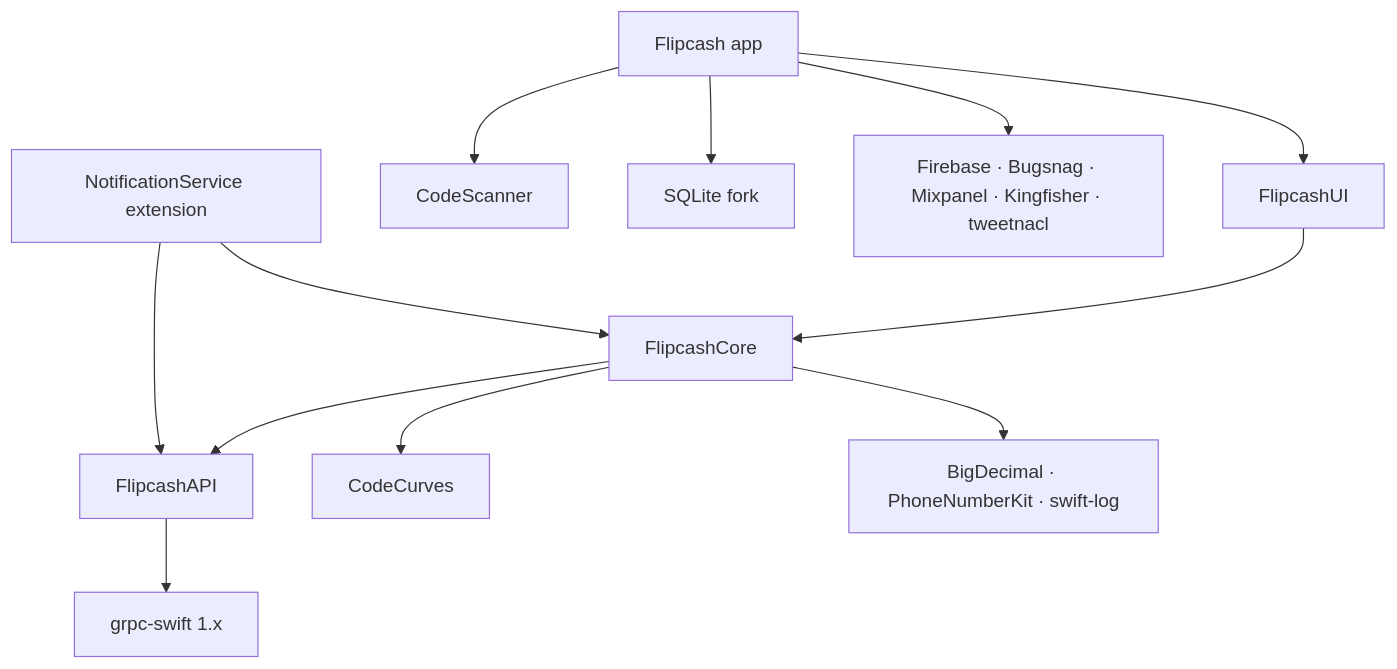
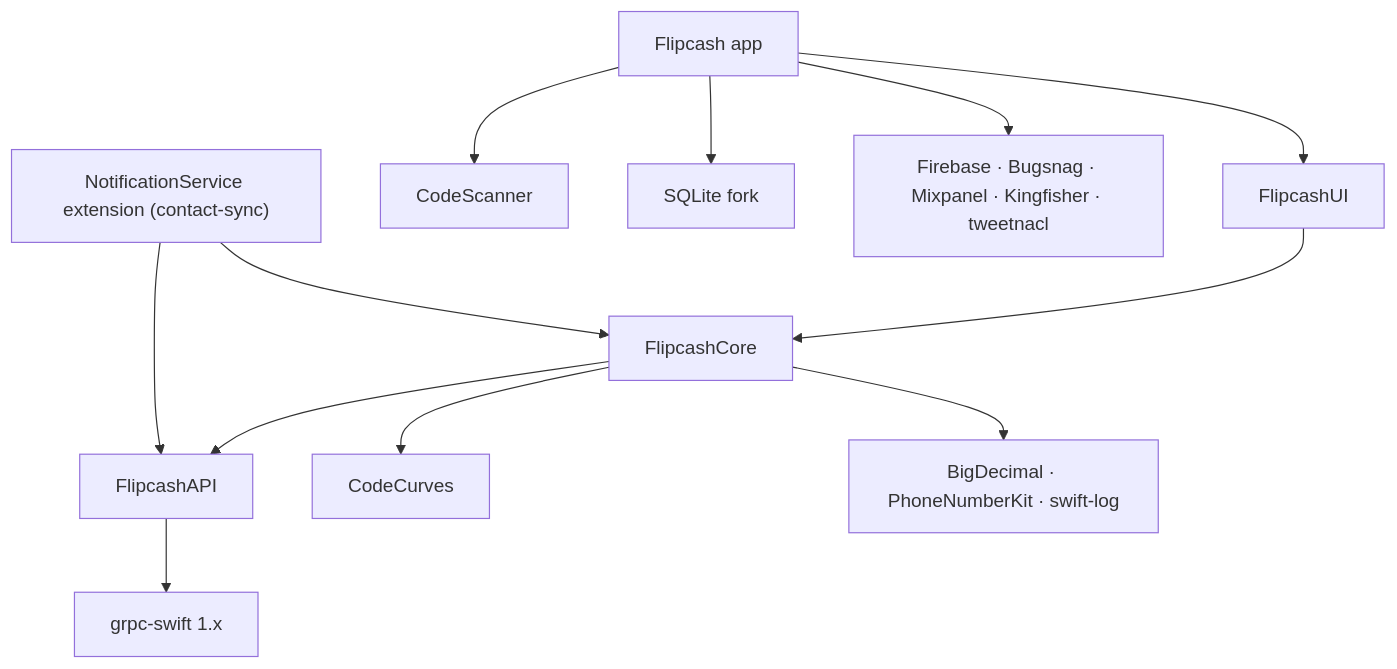
The diagram in docs/architecture/01-modules-and-boundaries.md (code-payments/code-ios-app), drawn with Mermaid before and after one commit. The commit also changed other lines of this file and 10 other files, not shown here.

First line of the commit message:
docs: tag contact-sync content and fix verified inaccuracies

````diff
--- a/docs/architecture/01-modules-and-boundaries.md
+++ b/docs/architecture/01-modules-and-boundaries.md
@@ -22,14 +22,14 @@
 ```mermaid
 graph TD
     App["Flipcash app"] --> UI["FlipcashUI"]
     App --> Scanner["CodeScanner"]
     App --> SQLite["SQLite fork"]
     App --> SDKs["Firebase · Bugsnag · Mixpanel · Kingfisher · tweetnacl"]
     UI --> Core["FlipcashCore"]
     Core --> API["FlipcashAPI"]
     Core --> Curves["CodeCurves"]
     Core --> Libs["BigDecimal · PhoneNumberKit · swift-log"]
     API --> gRPC["grpc-swift 1.x"]
-    Ext["NotificationService extension"] --> Core
+    Ext["NotificationService extension (contact-sync)"] --> Core
     Ext --> API
 ```
````
